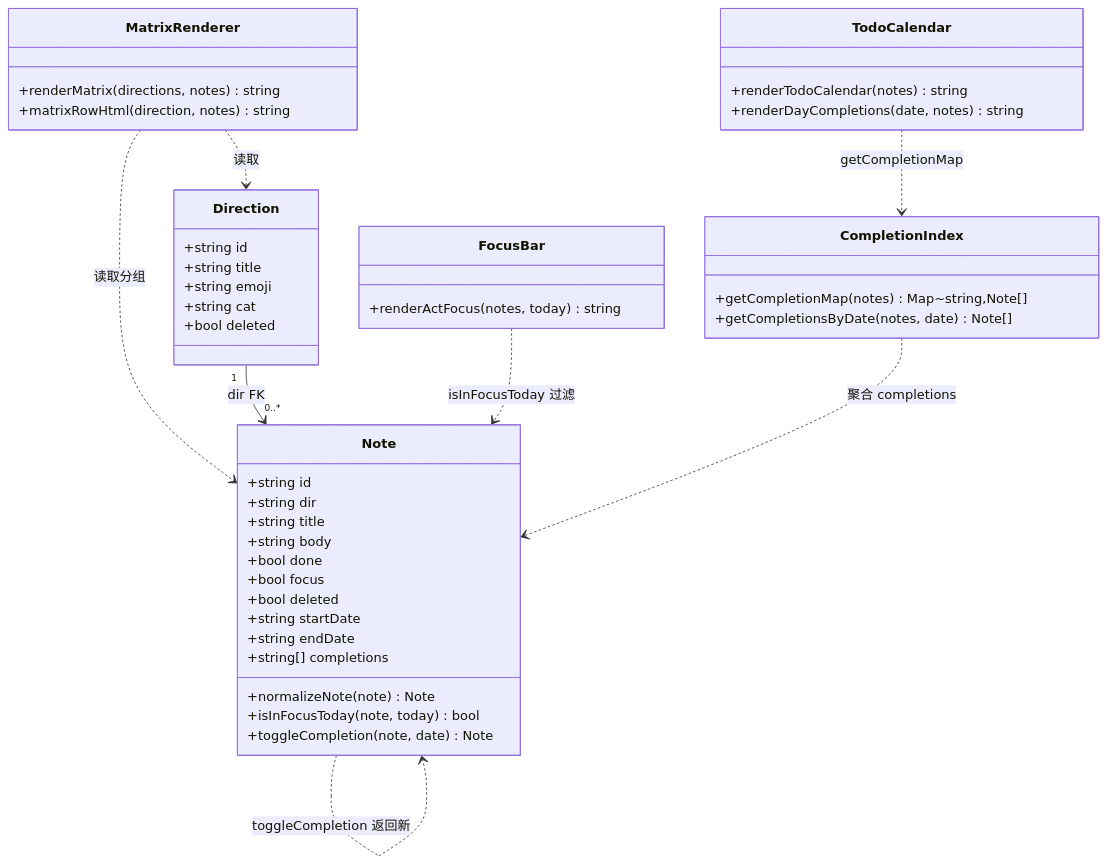
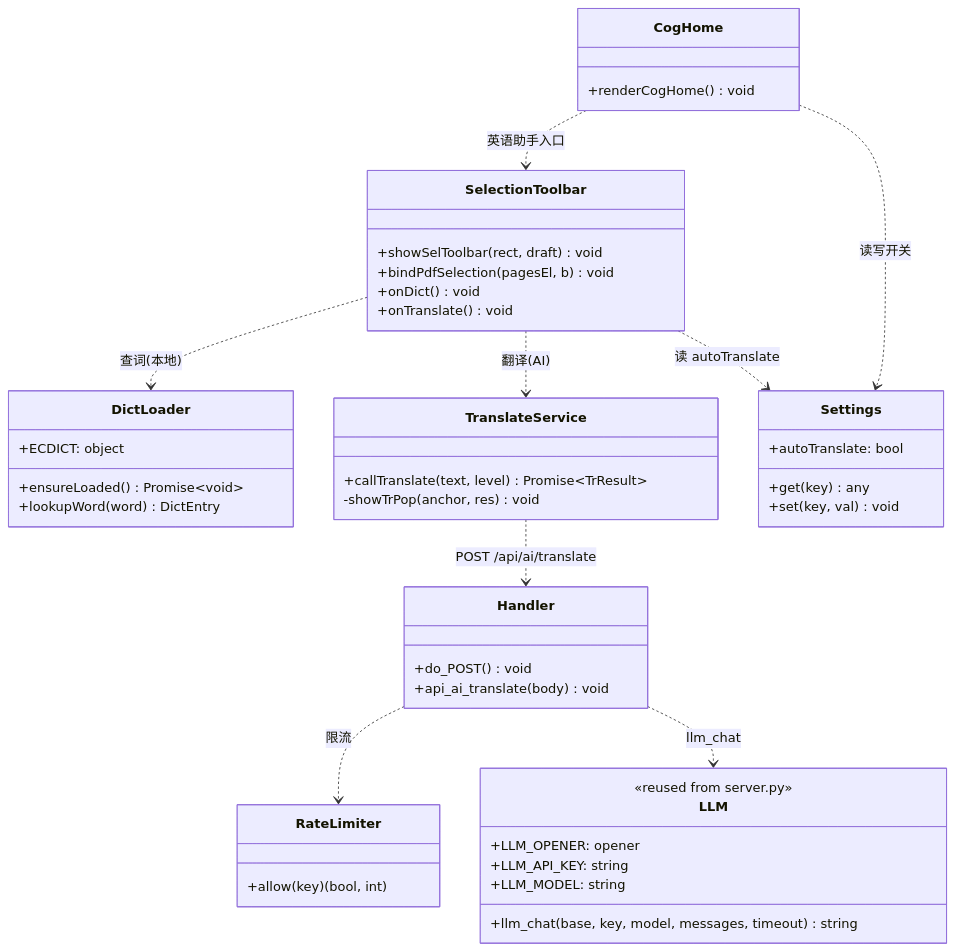
Before and after one commit to minihulu/workbench: the diagram in docs/class-diagram.mermaid, drawn with Mermaid. The commit also changed 9 other files, not shown here.

First line of the commit message:
feat(cog-english): 选中查词/翻译、自动翻译开关与离线词典 + 英语助手入口

```diff
--- a/docs/class-diagram.mermaid
+++ b/docs/class-diagram.mermaid
@@ -1,45 +1,46 @@
 classDiagram
-    class Note {
-        +string id
-        +string dir
-        +string title
-        +string body
-        +bool done
-        +bool focus
-        +bool deleted
-        +string startDate
-        +string endDate
-        +string[] completions
-        +normalizeNote(note) Note
-        +isInFocusToday(note, today) bool
-        +toggleCompletion(note, date) Note
+    class DictLoader {
+        +ECDICT: object
+        +ensureLoaded() Promise~void~
+        +lookupWord(word) DictEntry
     }
-    class Direction {
-        +string id
-        +string title
-        +string emoji
-        +string cat
-        +bool deleted
+    class SelectionToolbar {
+        +showSelToolbar(rect, draft) void
+        +bindPdfSelection(pagesEl, b) void
+        +onDict() void
+        +onTranslate() void
     }
-    class CompletionIndex {
-        +getCompletionMap(notes) Map~string,Note[]
-        +getCompletionsByDate(notes, date) Note[]
+    class TranslateService {
+        +callTranslate(text, level) Promise~TrResult~
+        -showTrPop(anchor, res) void
     }
-    class FocusBar {
-        +renderActFocus(notes, today) string
+    class Settings {
+        +get(key) any
+        +set(key, val) void
+        +autoTranslate: bool
     }
-    class MatrixRenderer {
-        +renderMatrix(directions, notes) string
-        +matrixRowHtml(direction, notes) string
+    class CogHome {
+        +renderCogHome() void
     }
-    class TodoCalendar {
-        +renderTodoCalendar(notes) string
-        +renderDayCompletions(date, notes) string
+    class Handler {
+        +do_POST() void
+        +api_ai_translate(body) void
     }
-    Direction "1" --> "0..*" Note : dir FK
-    Note ..> Note : toggleCompletion 返回新
-    CompletionIndex ..> Note : 聚合 completions
-    FocusBar ..> Note : isInFocusToday 过滤
-    MatrixRenderer ..> Note : 读取分组
-    MatrixRenderer ..> Direction : 读取
-    TodoCalendar ..> CompletionIndex : getCompletionMap
+    class RateLimiter {
+        +allow(key) (bool, int)
+    }
+    class LLM {
+        <<reused from server.py>>
+        +llm_chat(base, key, model, messages, timeout) string
+        +LLM_OPENER: opener
+        +LLM_API_KEY: string
+        +LLM_MODEL: string
+    }
+    SelectionToolbar ..> DictLoader : 查词(本地)
+    SelectionToolbar ..> TranslateService : 翻译(AI)
+    SelectionToolbar ..> Settings : 读 autoTranslate
+    CogHome ..> Settings : 读写开关
+    CogHome ..> SelectionToolbar : 英语助手入口
+    TranslateService ..> Handler : POST /api/ai/translate
+    Handler ..> RateLimiter : 限流
+    Handler ..> LLM : llm_chat
```
